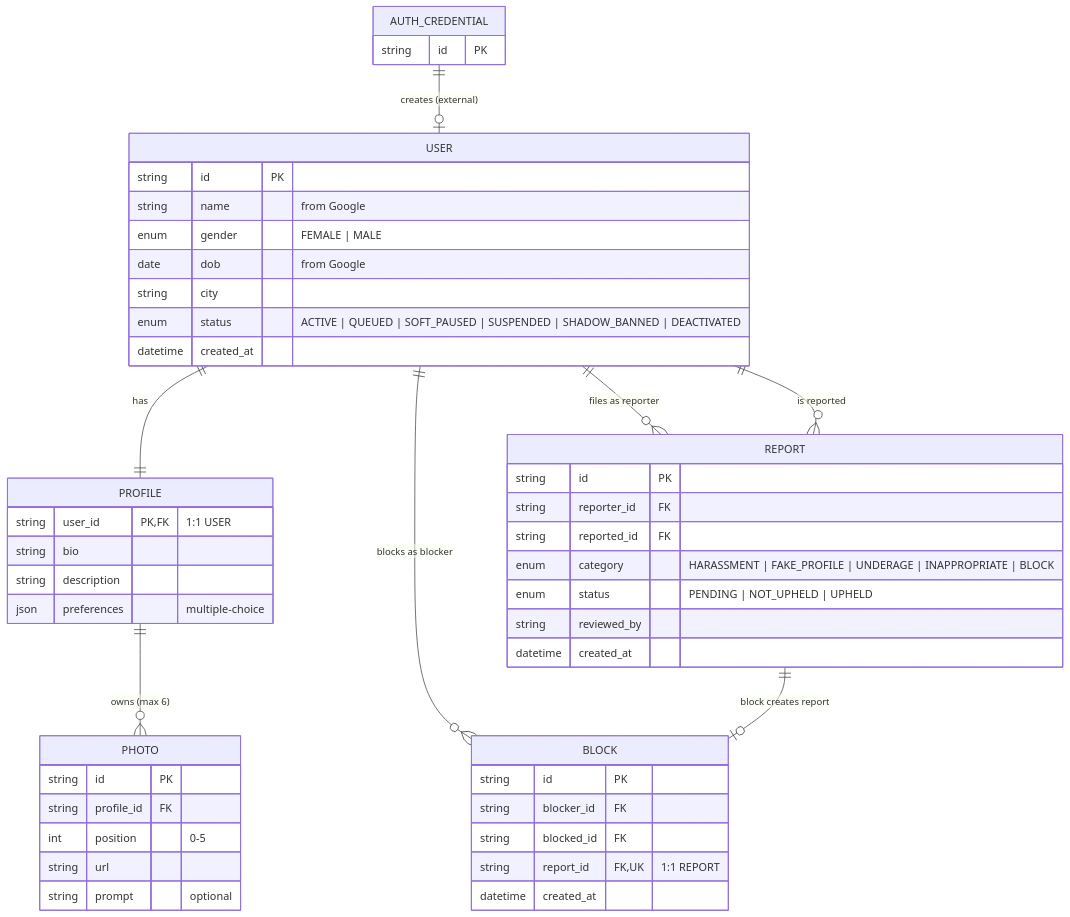
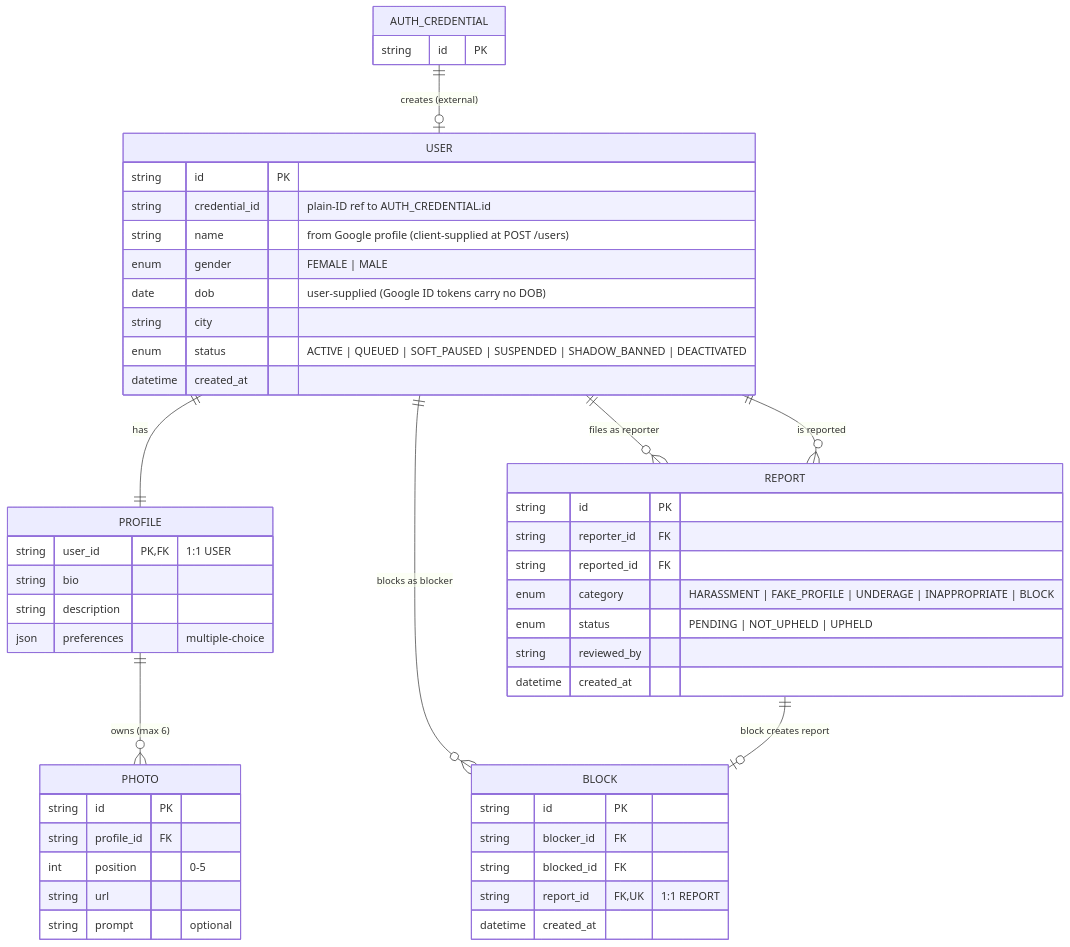
The second of 8 diagrams in entities/er-diagram.md (cheetah-org/fold-design), drawn with Mermaid before and after one commit. The commit also changed other lines of this file and 4 other files, not shown here.

````diff
--- a/entities/er-diagram.md
+++ b/entities/er-diagram.md
@@ -207,56 +208,57 @@
 ```mermaid
 erDiagram
     %% Owned entities
     USER {
         string id PK
-        string name "from Google"
+        string credential_id "plain-ID ref to AUTH_CREDENTIAL.id"
+        string name "from Google profile (client-supplied at POST /users)"
         enum gender "FEMALE | MALE"
-        date dob "from Google"
+        date dob "user-supplied (Google ID tokens carry no DOB)"
         string city
         enum status "ACTIVE | QUEUED | SOFT_PAUSED | SUSPENDED | SHADOW_BANNED | DEACTIVATED"
         datetime created_at
     }
     PROFILE {
         string user_id PK, FK "1:1 USER"
         string bio
         string description
         json preferences "multiple-choice"
     }
     PHOTO {
         string id PK
         string profile_id FK
         int position "0-5"
         string url
         string prompt "optional"
     }
     REPORT {
         string id PK
         string reporter_id FK
         string reported_id FK
         enum category "HARASSMENT | FAKE_PROFILE | UNDERAGE | INAPPROPRIATE | BLOCK"
         enum status "PENDING | NOT_UPHELD | UPHELD"
         string reviewed_by
         datetime created_at
     }
     BLOCK {
         string id PK
         string blocker_id FK
         string blocked_id FK
         string report_id FK, UK "1:1 REPORT"
         datetime created_at
     }
 
     %% External reference (owned by Auth Service)
     AUTH_CREDENTIAL {
         string id PK
     }
 
     %% Relationships
     AUTH_CREDENTIAL ||--o| USER : "creates (external)"
     USER ||--|| PROFILE : "has"
     PROFILE ||--o{ PHOTO : "owns (max 6)"
     USER ||--o{ REPORT : "files as reporter"
     USER ||--o{ REPORT : "is reported"
     USER ||--o{ BLOCK : "blocks as blocker"
     REPORT ||--o| BLOCK : "block creates report"
 ```
````
